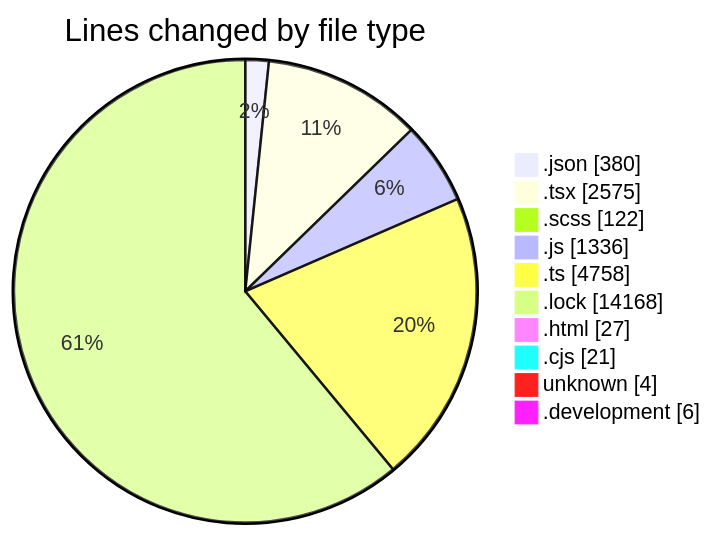
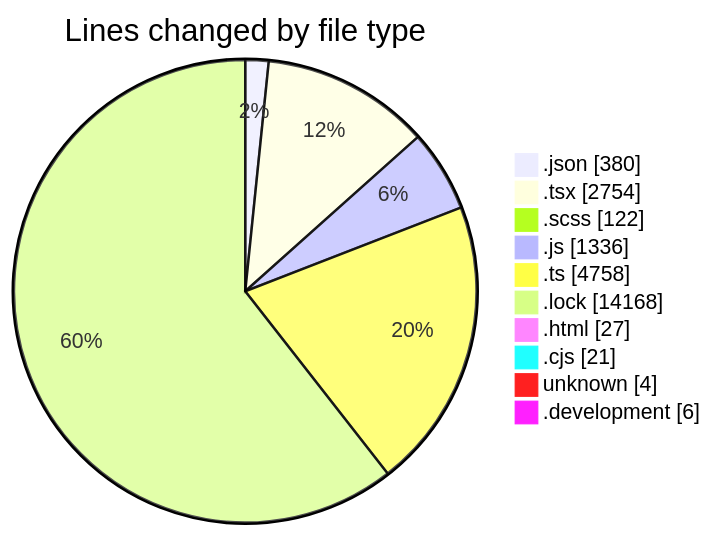
One commit to momahboobian/code-tracking changed the first of 2 diagrams in 2026-09-03/cda/README.md. Above: the diagram before and after it, drawn with Mermaid. The commit also changed other lines of this file and 1 other file, not shown here.

````diff
--- a/2026-09-03/cda/README.md
+++ b/2026-09-03/cda/README.md
@@ -61,14 +63,14 @@
 ```mermaid
 pie showData
 title Lines changed by file type
 ".json" : 380
-".tsx" : 2575
+".tsx" : 2754
 ".scss" : 122
 ".js" : 1336
 ".ts" : 4758
 ".lock" : 14168
 ".html" : 27
 ".cjs" : 21
 "unknown" : 4
 ".development" : 6
 ```
````
